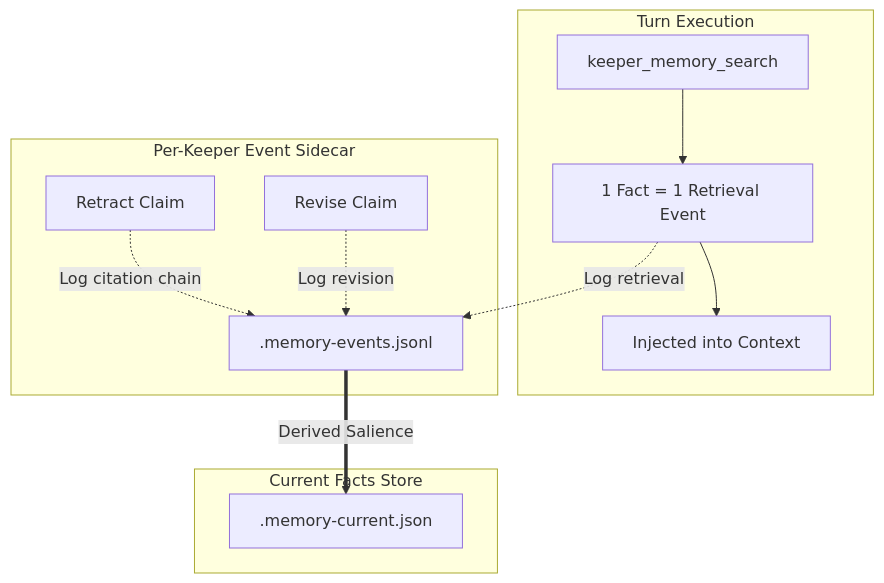
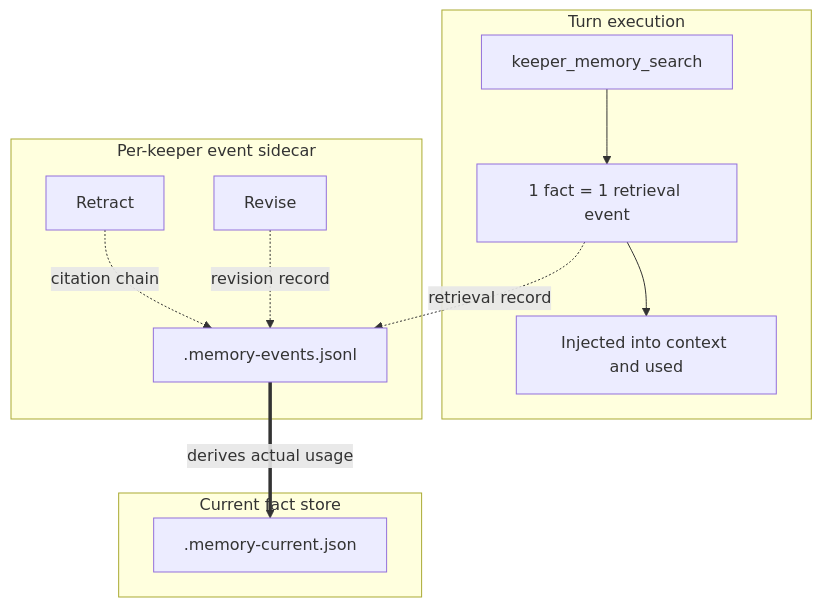
Before and after one commit to jeong-sik/masc: the diagram in docs-site/src/content/docs/architecture/memory-os.md, drawn with Mermaid. The commit also changed other lines of this file and 17 other files, not shown here.

First line of the commit message:
docs(site): correct the architecture pages against the constitution and live code

````diff
--- a/docs-site/src/content/docs/architecture/memory-os.md
+++ b/docs-site/src/content/docs/architecture/memory-os.md
@@ -55,17 +29,17 @@
 ```mermaid
 flowchart TD
-    subgraph Execution ["Turn Execution"]
-        Q["keeper_memory_search"] --> RET["1 Fact = 1 Retrieval Event"]
-        RET --> USE["Injected into Context"]
+    subgraph Execution ["Turn execution"]
+        Q["keeper_memory_search"] --> RET["1 fact = 1 retrieval event"]
+        RET --> USE["Injected into context and used"]
     end
 
-    subgraph Sidecar ["Per-Keeper Event Sidecar"]
-        RET -.->|"Log retrieval"| EV["<keeper>.memory-events.jsonl"]
-        REC["Retract Claim"] -.->|"Log citation chain"| EV
-        REV["Revise Claim"] -.->|"Log revision"| EV
+    subgraph Sidecar ["Per-keeper event sidecar"]
+        RET -.->|"retrieval record"| EV["<keeper>.memory-events.jsonl"]
+        REC["Retract"] -.->|"citation chain"| EV
+        REV["Revise"] -.->|"revision record"| EV
     end
 
-    subgraph Facts ["Current Facts Store"]
-        EV ==>|"Derived Salience"| DB["<keeper>.memory-current.json"]
+    subgraph Facts ["Current fact store"]
+        EV ==>|"derives actual usage"| DB["<keeper>.memory-current.json"]
     end
 ```
````
